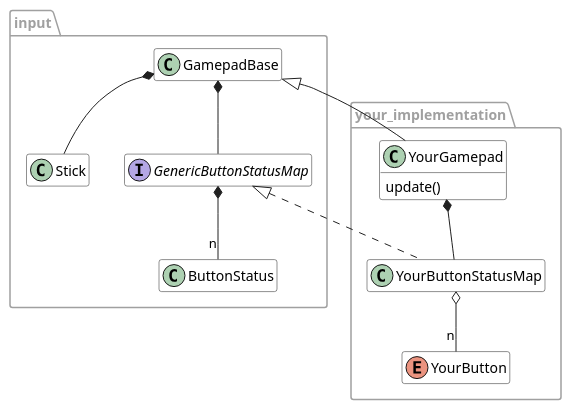
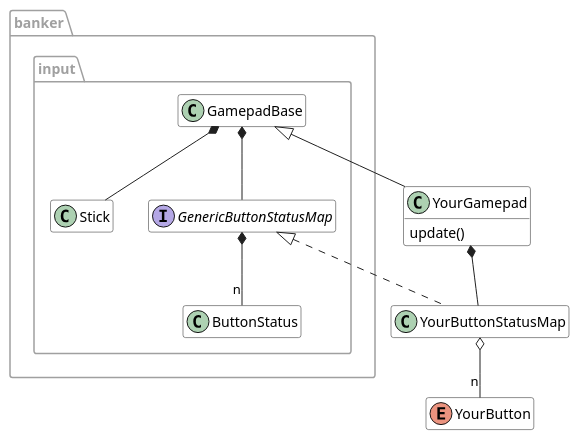
One commit to fal-works/broker changed the diagram in docs/gamepad.puml. Above: the diagram before and after it, drawn with PlantUML. The commit also changed 4 other files, not shown here.

Commit message:
add diagram / edit README (mainly collision)

```diff
--- a/docs/gamepad.puml
+++ b/docs/gamepad.puml
@@ -1,51 +1,49 @@
 @startuml gamepad
 
 ' ---- (style) --------------------------------
 
 skinparam shadowing false
 skinparam backgroundColor White
 skinparam package {
   BorderColor #A0A0A0
   FontColor #A0A0A0
 }
 skinparam class {
   BackgroundColor White
   ArrowColor #202020
   BorderColor #202020
   FontColor #000000
 }
 skinparam note {
   BackgroundColor White
   FontColor #606060
   BorderColor #C0C0C0
 }
 skinparam stereotypeIBackgroundColor Lavender
 hide empty members
 
 ' ---- (diagram) ------------------------------
 
-package input {
+package banker.input {
 	class ButtonStatus
 	class GamepadBase
 	class Stick
   interface GenericButtonStatusMap
 
   GenericButtonStatusMap *-- "n" ButtonStatus
   GamepadBase *-- GenericButtonStatusMap
   GamepadBase *-- Stick
 }
 
-package your_implementation {
   class YourGamepad {
     update()
   }
   enum YourButton
   class YourButtonStatusMap
 
-  GamepadBase <|-r- YourGamepad
-  YourButtonStatusMap o-- "n" YourButton
+  GamepadBase <|-- YourGamepad
   GenericButtonStatusMap <|.. YourButtonStatusMap
   YourGamepad *-- YourButtonStatusMap
-}
+  YourButtonStatusMap o-- "n" YourButton
 
 @enduml
```
